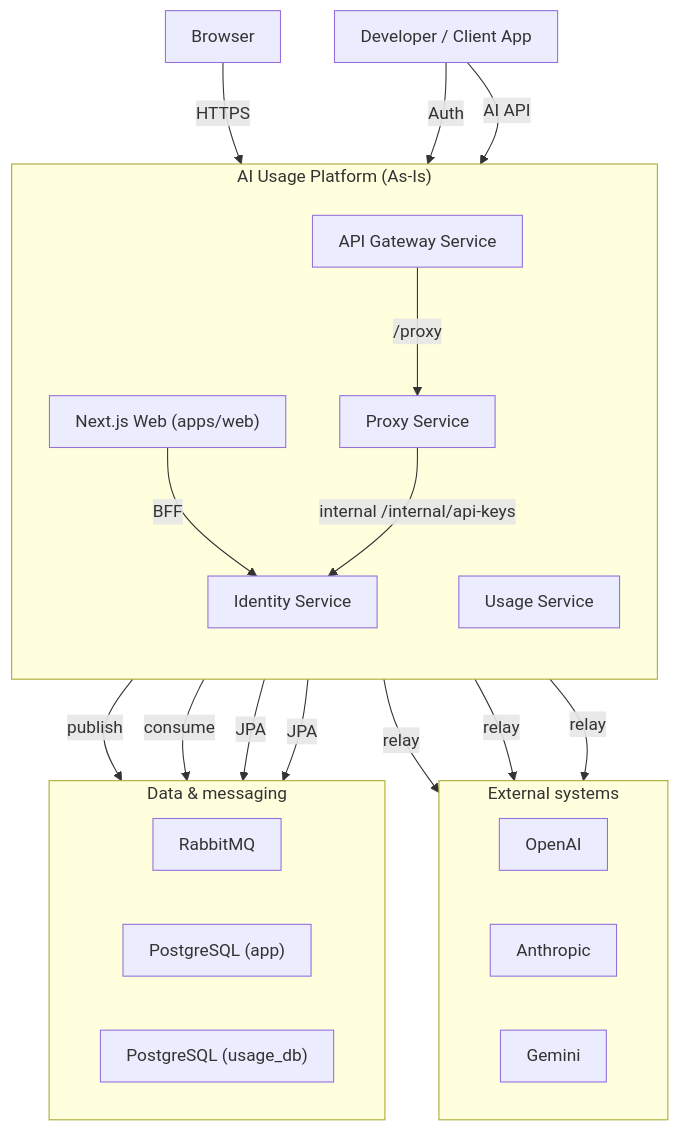
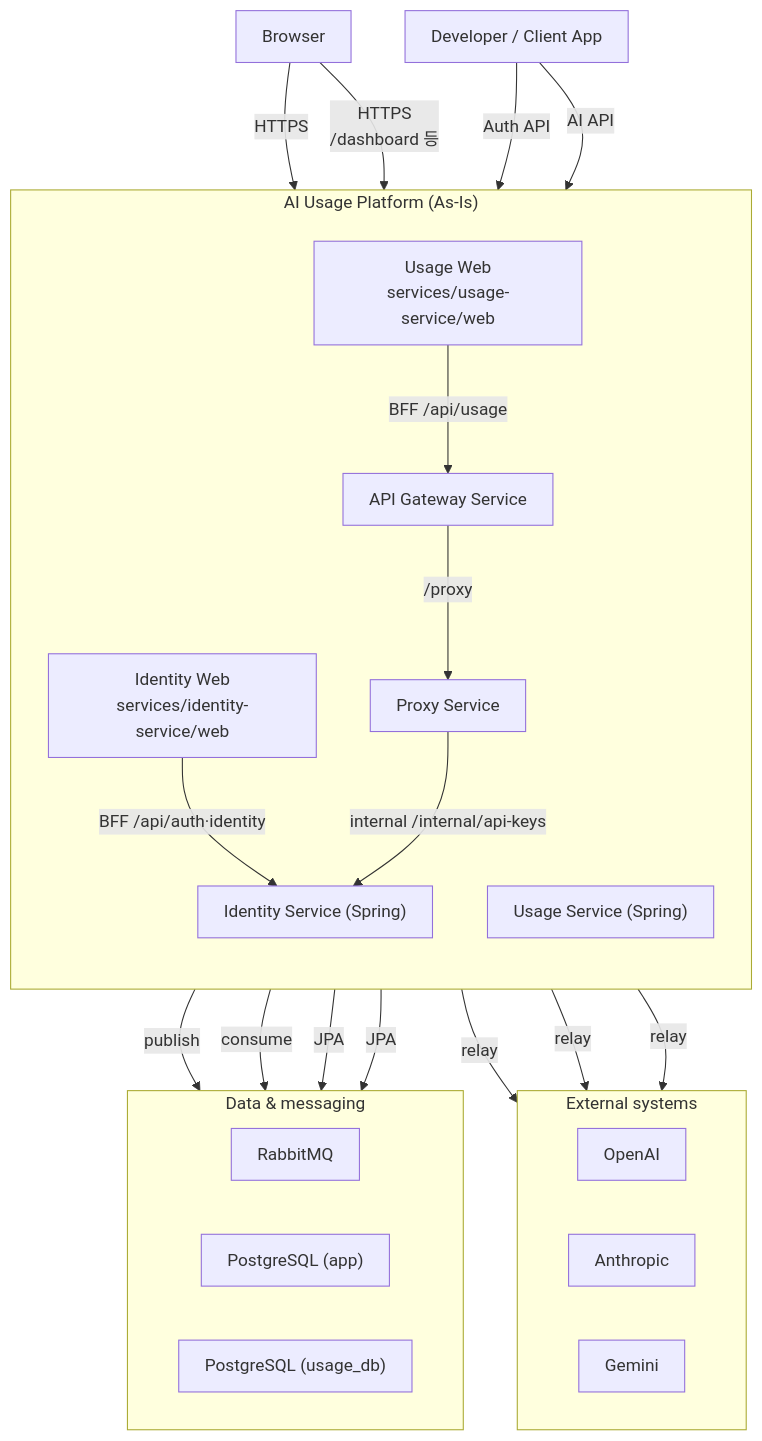
One commit to Zero-Bug-Freinds/ai-api-usage-monitor changed the first of 11 diagrams in docs/c4-architecture-diagrams.md. Above: the diagram before and after it, drawn with Mermaid. The commit also changed other lines of this file and 1 other file, not shown here.

First line of the commit message:
[docs] C4 다이어그램과 KST 표시 반영

````diff
--- a/docs/c4-architecture-diagrams.md
+++ b/docs/c4-architecture-diagrams.md
@@ -23,45 +25,48 @@
 ```mermaid
 %%{init: {'flowchart': {'htmlLabels': true, 'nodeSpacing': 50, 'rankSpacing': 70, 'padding': 12}}}%%
 flowchart TB
     browser["Browser"]
     client["Developer / Client App"]
 
     subgraph platform["AI Usage Platform (As-Is)"]
       direction TB
-      web["Next.js Web (apps/web)"]
+      identityWeb["Identity Web<br/>services/identity-service/web"]
+      usageWeb["Usage Web<br/>services/usage-service/web"]
       gateway["API Gateway Service"]
       proxy["Proxy Service"]
-      identity["Identity Service"]
-      usage["Usage Service"]
+      identity["Identity Service (Spring)"]
+      usage["Usage Service (Spring)"]
     end
 
     subgraph ext["External systems"]
       direction LR
       openai["OpenAI"]
       anthropic["Anthropic"]
       google["Gemini"]
     end
 
     subgraph data["Data & messaging"]
       direction LR
       rabbit["RabbitMQ"]
       appDb["PostgreSQL (app)"]
       usageDb["PostgreSQL (usage_db)"]
     end
 
-    browser -->|HTTPS| web
-    web -->|BFF| identity
-    client -->|Auth| identity
+    browser -->|HTTPS| identityWeb
+    browser -->|HTTPS<br/>/dashboard 등| usageWeb
+    identityWeb -->|BFF /api/auth·identity| identity
+    usageWeb -->|BFF /api/usage| gateway
+    client -->|Auth API| identity
     client -->|AI API| gateway
     gateway -->|/proxy| proxy
 
     proxy -->|relay| openai
     proxy -->|relay| anthropic
     proxy -->|relay| google
     proxy -->|internal /internal/api-keys| identity
     proxy -->|publish| rabbit
 
     usage -->|consume| rabbit
     identity -->|JPA| appDb
     usage -->|JPA| usageDb
 ```
````
